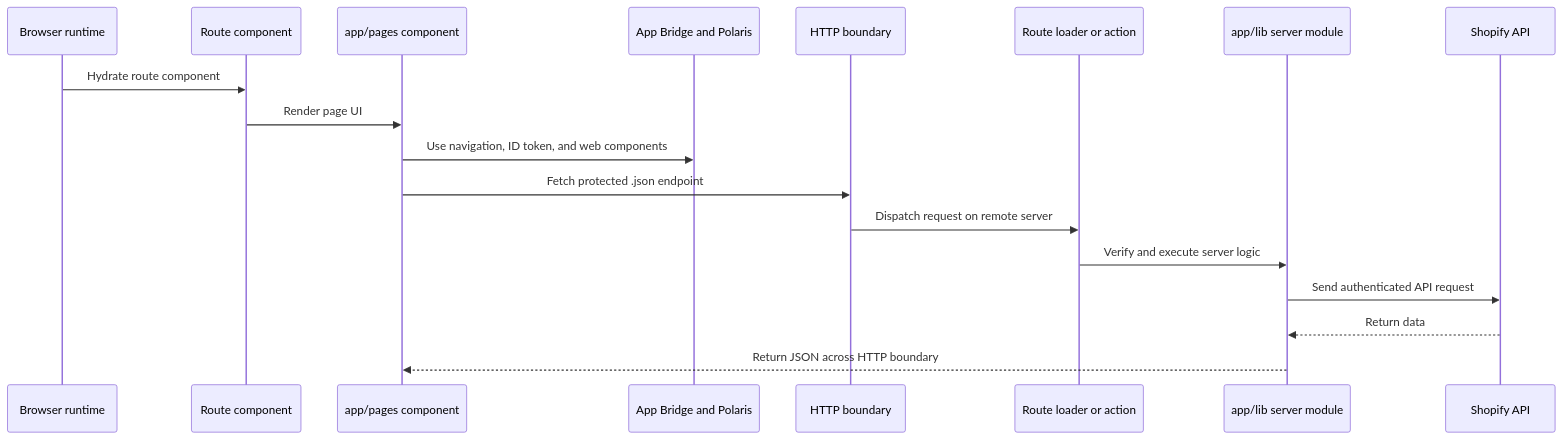
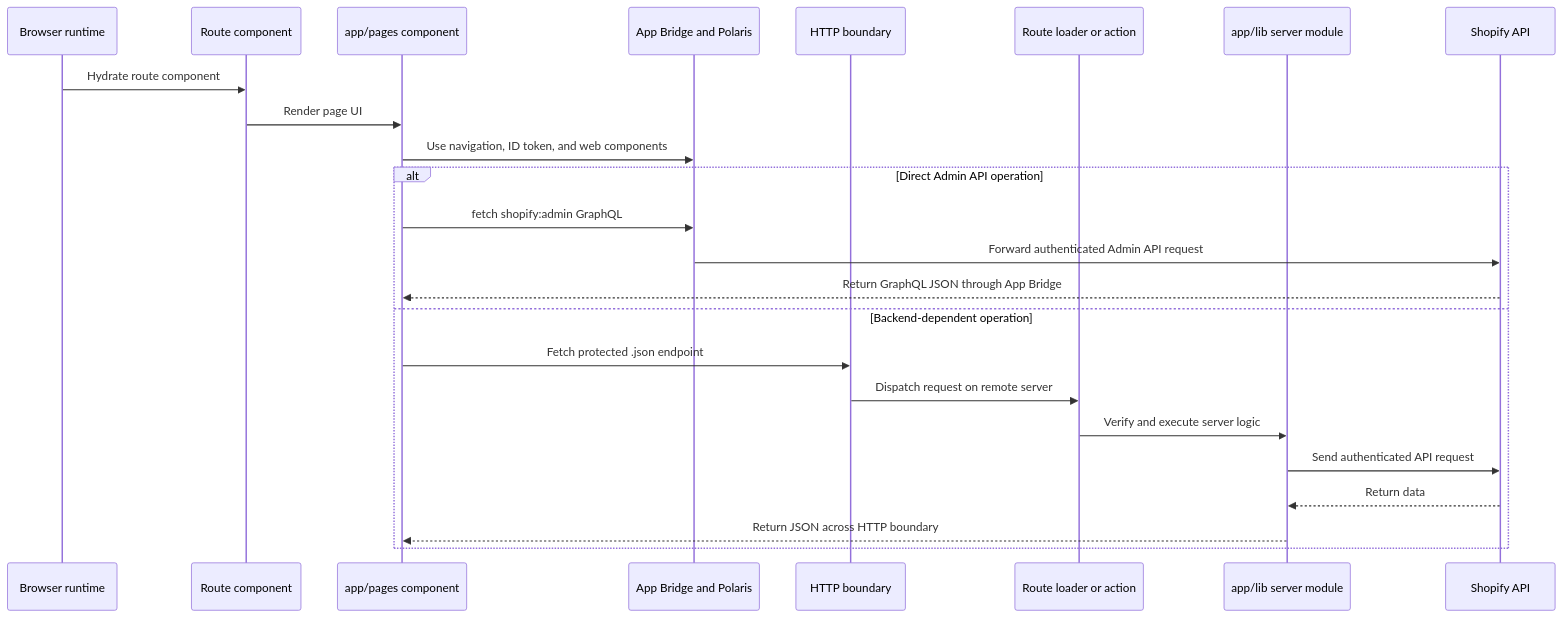
Before and after one commit to benzookapi/shopify-barebone-app-sample: the fifth of 7 diagrams in docs/ARCHITECTURE.md, drawn with Mermaid. The commit also changed other lines of this file and 29 other files, not shown here.

First line of the commit message:
Codex/adminlink direct api access (#2)

````diff
--- a/docs/ARCHITECTURE.md
+++ b/docs/ARCHITECTURE.md
@@ -129,21 +148,27 @@
 ```mermaid
 sequenceDiagram
     participant Browser as Browser runtime
     participant RouteUI as Route component
     participant Page as app/pages component
     participant Bridge as App Bridge and Polaris
     participant HTTP as HTTP boundary
     participant RouteData as Route loader or action
     participant Lib as app/lib server module
     participant Shopify as Shopify API
 
     Browser->>RouteUI: Hydrate route component
     RouteUI->>Page: Render page UI
     Page->>Bridge: Use navigation, ID token, and web components
-    Page->>HTTP: Fetch protected .json endpoint
-    HTTP->>RouteData: Dispatch request on remote server
-    RouteData->>Lib: Verify and execute server logic
-    Lib->>Shopify: Send authenticated API request
-    Shopify-->>Lib: Return data
-    Lib-->>Page: Return JSON across HTTP boundary
+    alt Direct Admin API operation
+        Page->>Bridge: fetch shopify:admin GraphQL
+        Bridge->>Shopify: Forward authenticated Admin API request
+        Shopify-->>Page: Return GraphQL JSON through App Bridge
+    else Backend-dependent operation
+        Page->>HTTP: Fetch protected .json endpoint
+        HTTP->>RouteData: Dispatch request on remote server
+        RouteData->>Lib: Verify and execute server logic
+        Lib->>Shopify: Send authenticated API request
+        Shopify-->>Lib: Return data
+        Lib-->>Page: Return JSON across HTTP boundary
+    end
 ```
````
